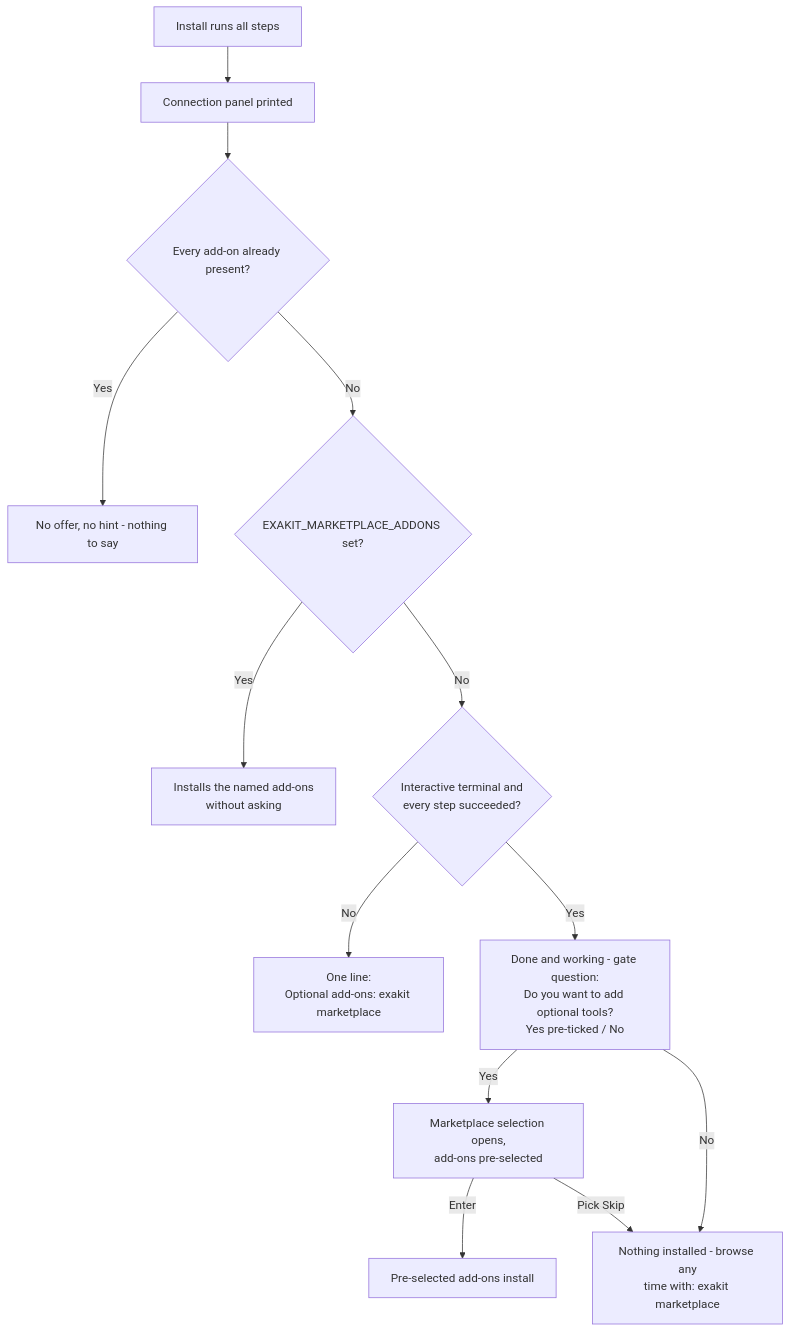
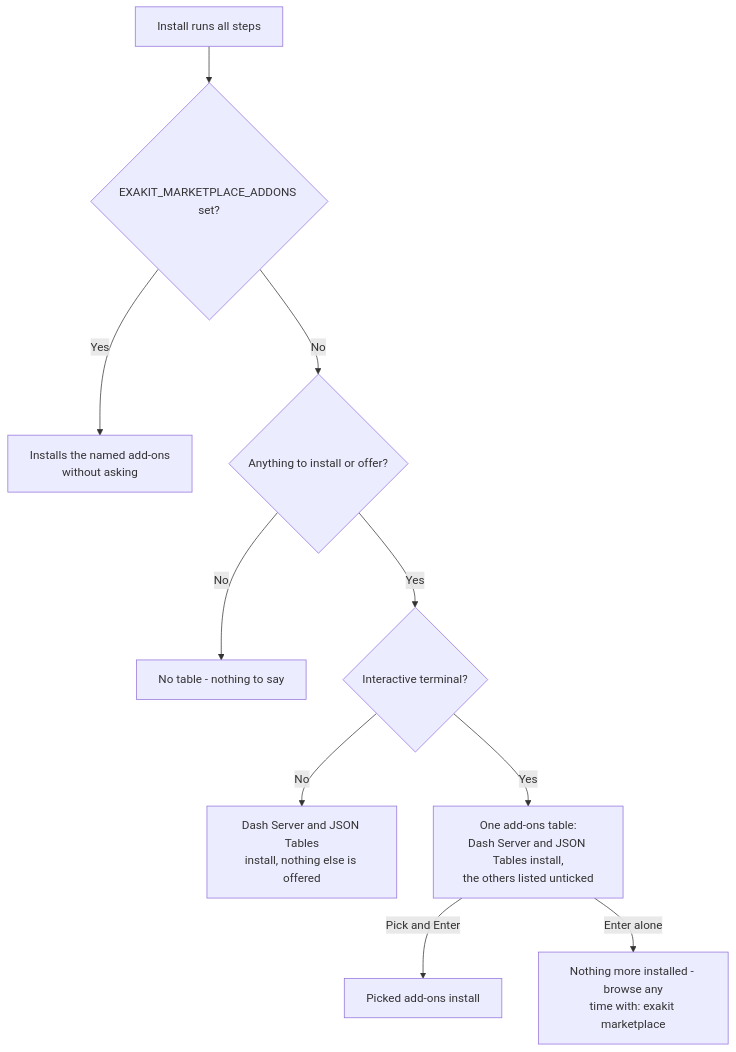
Before and after one commit to exasol-labs/exasol-personal-local-starterkit: the second of 7 diagrams in MARKETPLACE.md, drawn with Mermaid. The commit also changed other lines of this file and 482 other files, not shown here.

````diff
--- a/MARKETPLACE.md
+++ b/MARKETPLACE.md
@@ -98,17 +135,14 @@
 ```mermaid
 flowchart TD
-    A[Install runs all steps] --> B[Connection panel printed]
-    B --> C{Every add-on already present?}
-    C -->|Yes| D[No offer, no hint - nothing to say]
-    C -->|No| E{EXAKIT_MARKETPLACE_ADDONS set?}
-    E -->|Yes| F[Installs the named add-ons<br>without asking]
-    E -->|No| G{Interactive terminal and<br>every step succeeded?}
-    G -->|No| H[One line:<br>Optional add-ons: exakit marketplace]
-    G -->|Yes| I[Done and working - gate question:<br>Do you want to add optional tools?<br>Yes pre-ticked / No]
-    I -->|Yes| J2[Marketplace selection opens,<br>add-ons pre-selected]
-    J2 -->|Enter| J[Pre-selected add-ons install]
-    J2 -->|Pick Skip| K[Nothing installed - browse any<br>time with: exakit marketplace]
-    I -->|No| K
+    A[Install runs all steps] --> B{EXAKIT_MARKETPLACE_ADDONS set?}
+    B -->|Yes| F[Installs the named add-ons<br>without asking]
+    B -->|No| C{Anything to install or offer?}
+    C -->|No| D[No table - nothing to say]
+    C -->|Yes| G{Interactive terminal?}
+    G -->|No| H[Dash Server and JSON Tables<br>install, nothing else is offered]
+    G -->|Yes| I[One add-ons table:<br>Dash Server and JSON Tables install,<br>the others listed unticked]
+    I -->|Pick and Enter| J[Picked add-ons install]
+    I -->|Enter alone| K[Nothing more installed - browse any<br>time with: exakit marketplace]
 
     click J "#scenario-3-browsing-and-installing"
 ```
````
